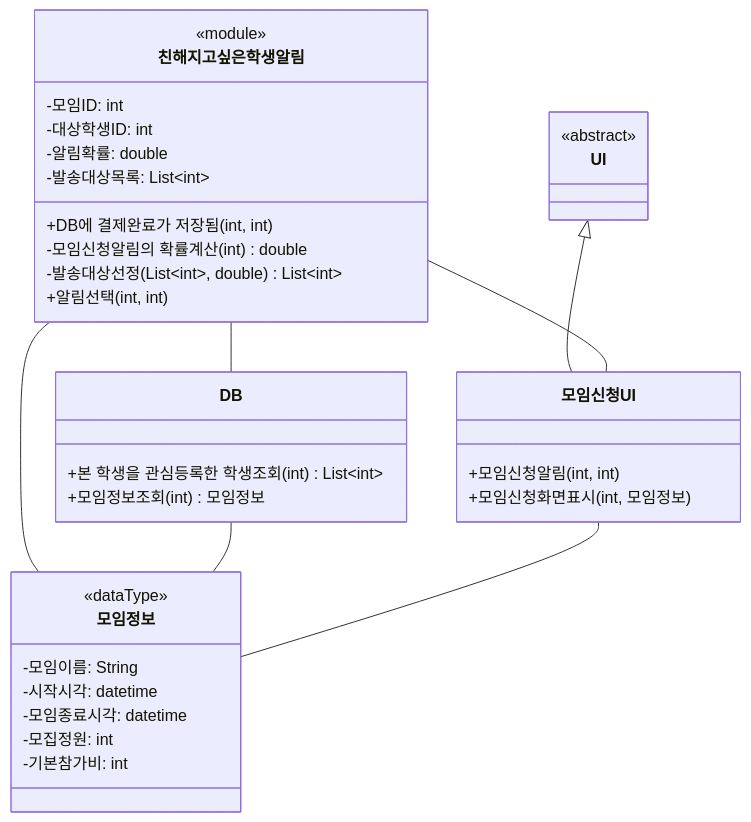
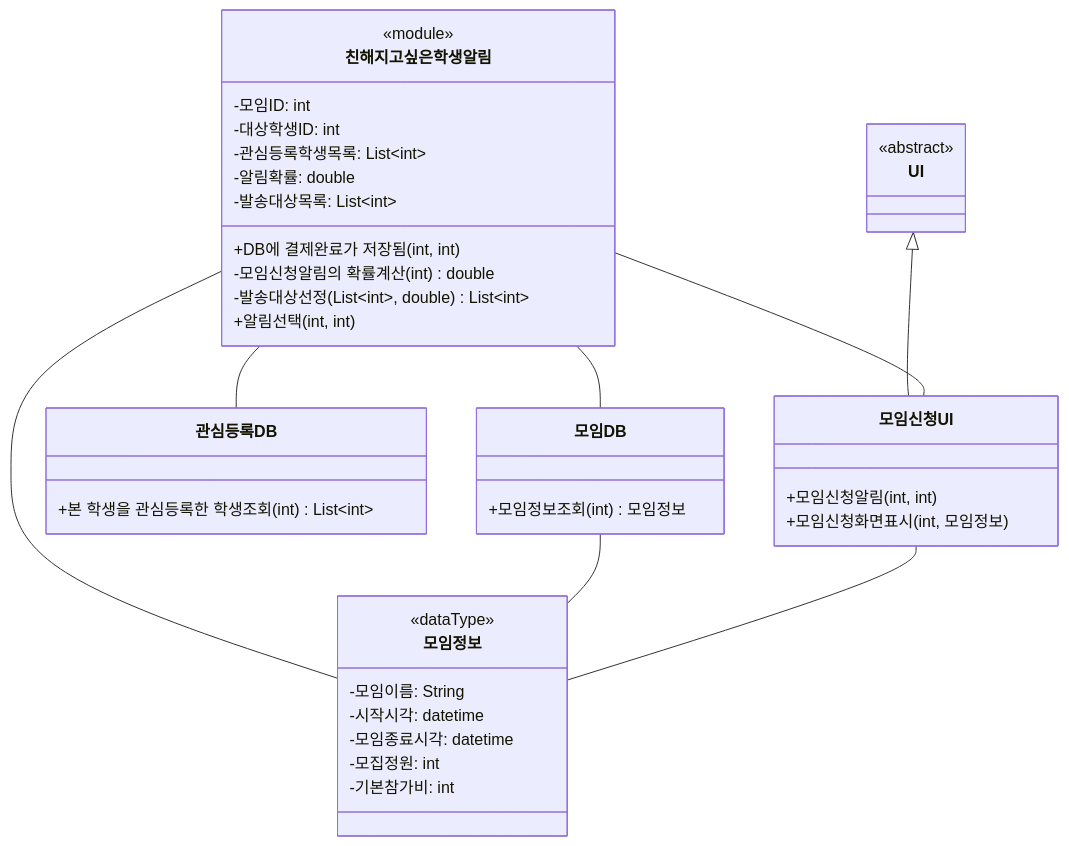
One commit to hojae3/sw-engineering-16 changed the diagram in presentation/03/3-class.md. Above: the diagram before and after it, drawn with Mermaid. The commit also changed other lines of this file and 3 other files, not shown here.

````diff
--- a/presentation/03/3-class.md
+++ b/presentation/03/3-class.md
@@ -11,40 +11,44 @@
 ```mermaid
 classDiagram
     class UI {
         <<abstract>>
     }
     class 모임신청UI {
         +모임신청알림(int, int)
         +모임신청화면표시(int, 모임정보)
     }
     class 친해지고싶은학생알림 {
         <<module>>
         -모임ID: int
         -대상학생ID: int
+        -관심등록학생목록: List~int~
         -알림확률: double
         -발송대상목록: List~int~
         +DB에 결제완료가 저장됨(int, int)
         -모임신청알림의 확률계산(int) double
         -발송대상선정(List~int~, double) List~int~
         +알림선택(int, int)
     }
-    class DB {
+    class 관심등록DB {
         +본 학생을 관심등록한 학생조회(int) List~int~
+    }
+    class 모임DB {
         +모임정보조회(int) 모임정보
     }
     class 모임정보 {
         <<dataType>>
         -모임이름: String
         -시작시각: datetime
         -모임종료시각: datetime
         -모집정원: int
         -기본참가비: int
     }
 
     UI <|-- 모임신청UI
     친해지고싶은학생알림 -- 모임신청UI
-    친해지고싶은학생알림 -- DB
+    친해지고싶은학생알림 -- 관심등록DB
+    친해지고싶은학생알림 -- 모임DB
     친해지고싶은학생알림 -- 모임정보
-    DB -- 모임정보
+    모임DB -- 모임정보
     모임신청UI -- 모임정보
 ```
````
